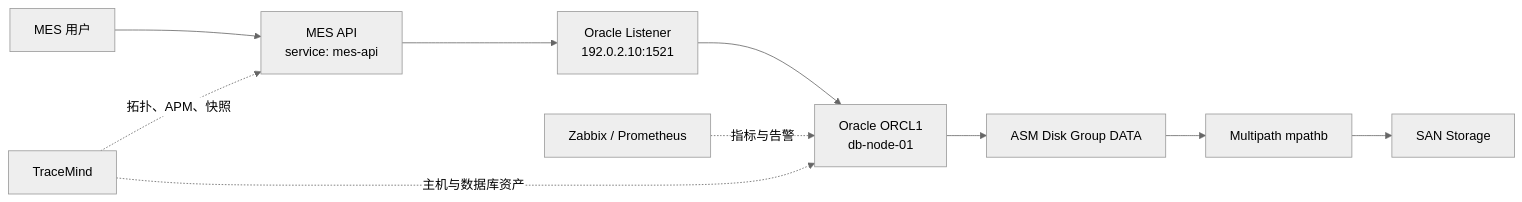
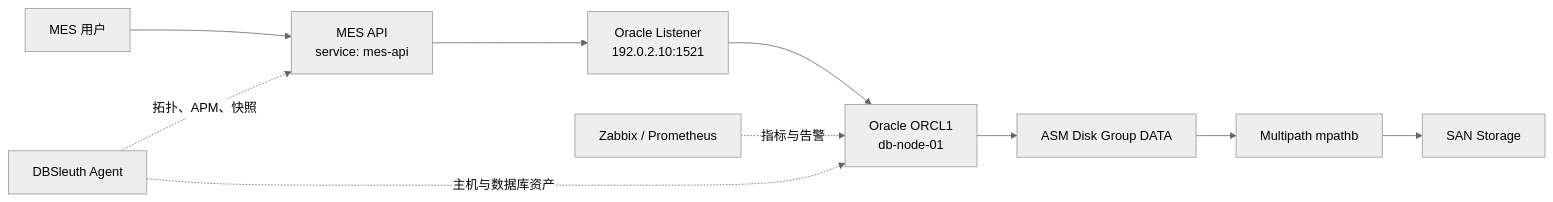
The first of 7 diagrams in docs/CASE_DEMO_STORAGE_INCIDENT.md (pc-study/dbsleuth), drawn with Mermaid (neutral theme) before and after one commit. The commit also changed other lines of this file and 8 other files, not shown here.

````diff
--- a/docs/CASE_DEMO_STORAGE_INCIDENT.md
+++ b/docs/CASE_DEMO_STORAGE_INCIDENT.md
@@ -42,13 +42,13 @@
 ```mermaid
 flowchart LR
     U["MES 用户"] --> A["MES API<br/>service: mes-api"]
     A --> L["Oracle Listener<br/>192.0.2.10:1521"]
     L --> D["Oracle ORCL1<br/>db-node-01"]
     D --> M["ASM Disk Group DATA"]
     M --> P["Multipath mpathb"]
     P --> S["SAN Storage"]
 
     Z["Zabbix / Prometheus"] -. "指标与告警" .-> D
-    T["TraceMind"] -. "拓扑、APM、快照" .-> A
+    T["DBSleuth Agent"] -. "拓扑、APM、快照" .-> A
     T -. "主机与数据库资产" .-> D
 ```
````
